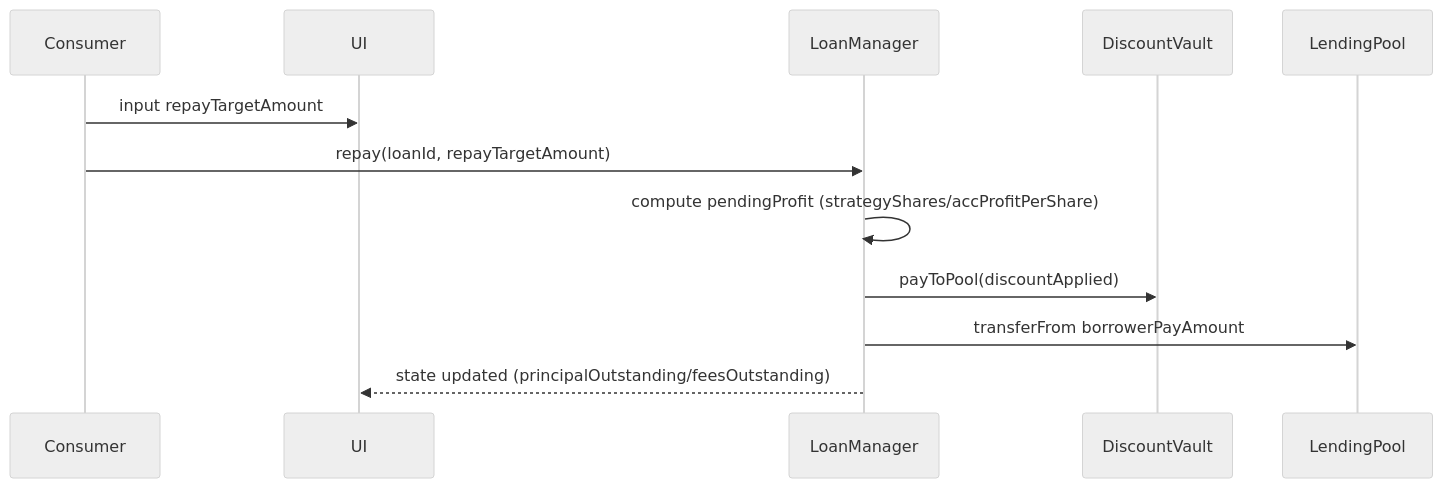
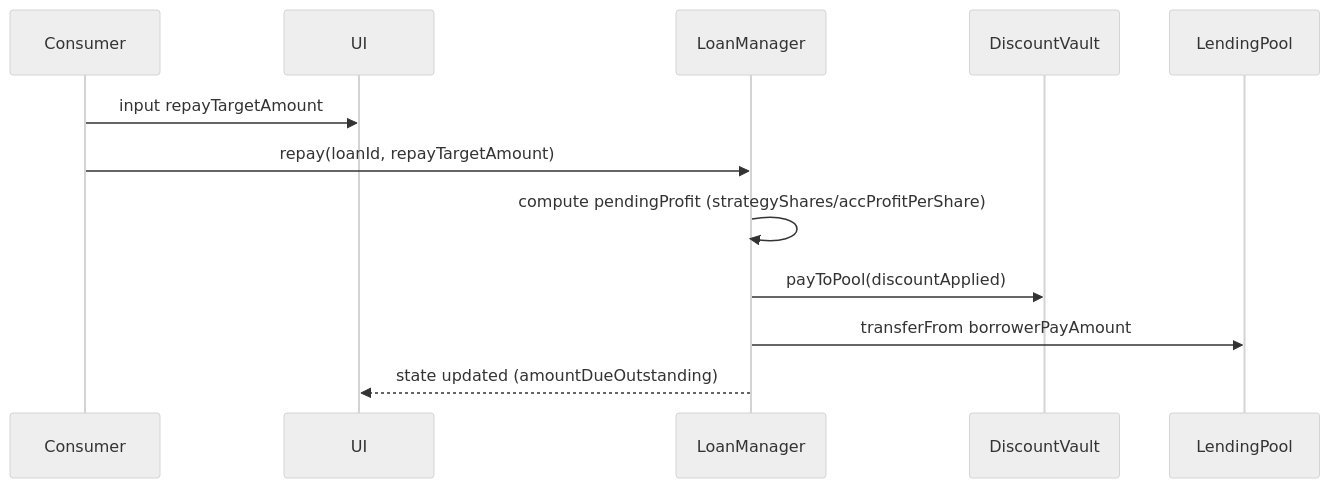
Before and after one commit to yukikm/bnpl-yield-discount: the sixth of 10 diagrams in docs/functional-design.md, drawn with Mermaid (neutral theme). The commit also changed other lines of this file and 149 other files, not shown here.

First line of the commit message:
feat: initialize pnpm workspace and add Prisma schema with migrations

````diff
--- a/docs/functional-design.md
+++ b/docs/functional-design.md
@@ -417,15 +412,15 @@
 ```mermaid
 sequenceDiagram
   participant C as Consumer
   participant Web as UI
   participant Loan as LoanManager
   participant DV as DiscountVault
   participant Pool as LendingPool
 
   C->>Web: input repayTargetAmount
-  C->>Loan: repay(loanId, repayTargetAmount)
-  Loan->>Loan: compute pendingProfit (strategyShares/accProfitPerShare)
-  Loan->>DV: payToPool(discountApplied)
-  Loan->>Pool: transferFrom borrowerPayAmount
-  Loan-->>Web: state updated (principalOutstanding/feesOutstanding)
+	  C->>Loan: repay(loanId, repayTargetAmount)
+	  Loan->>Loan: compute pendingProfit (strategyShares/accProfitPerShare)
+	  Loan->>DV: payToPool(discountApplied)
+	  Loan->>Pool: transferFrom borrowerPayAmount
+	  Loan-->>Web: state updated (amountDueOutstanding)
 ```
````
